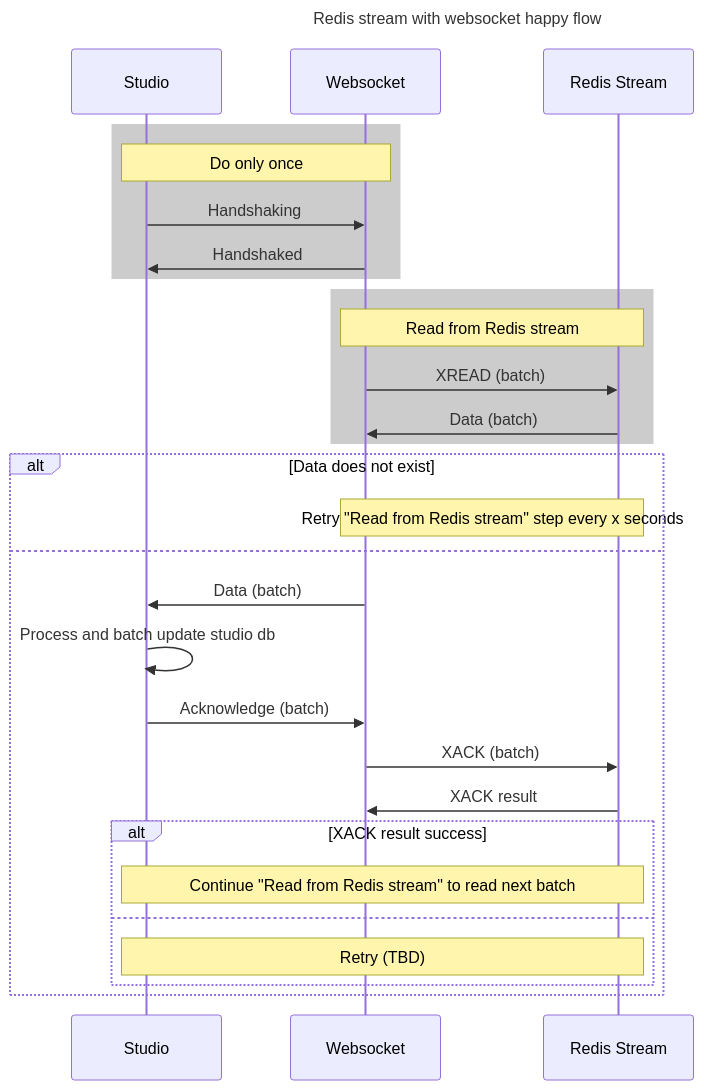
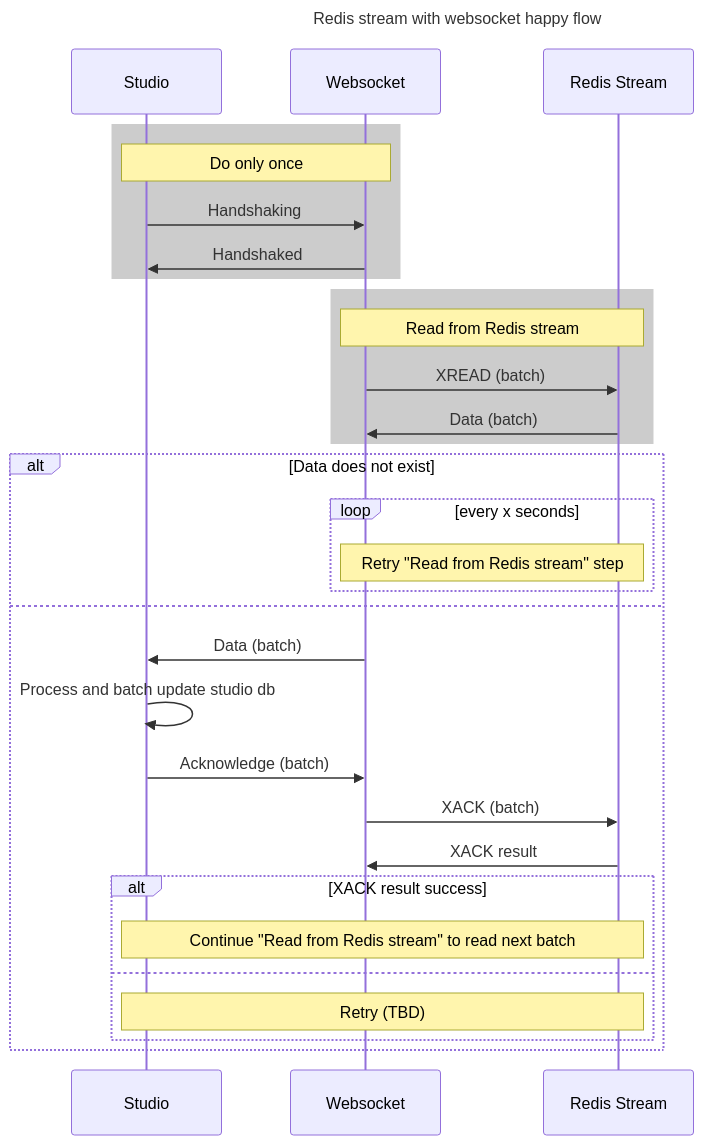
Before and after one commit to gutakk/redis-stream-test: the diagram in flow.md, drawn with Mermaid.

Commit message:
Update flow

````diff
--- a/flow.md
+++ b/flow.md
@@ -1,36 +1,38 @@
 ```mermaid
 sequenceDiagram
   title: Redis stream with websocket happy flow
 
   participant S as Studio
   participant W as Websocket
   Participant R as Redis Stream
 
   rect rgba(0, 0, 0, 0.2)
     Note over S,W: Do only once
     S->>W: Handshaking
     W->>S: Handshaked
   end
 
   rect rgba(0, 0, 0, 0.2)
     Note over W,R: Read from Redis stream
     W->>R: XREAD (batch)
     R->>W: Data (batch)
   end
 
   alt Data does not exist
-    Note over W,R: Retry "Read from Redis stream" step every x seconds
+    loop every x seconds
+      Note over W,R: Retry "Read from Redis stream" step
+    end
   else
     W->>S: Data (batch)
     S->>S: Process and batch update studio db
     S->>W: Acknowledge (batch)
     W->>R: XACK (batch)
     R->>W: XACK result
 
     alt XACK result success
       Note over S,R: Continue "Read from Redis stream" to read next batch
     else
       Note over S,R: Retry (TBD)
     end
   end
 ```
````
